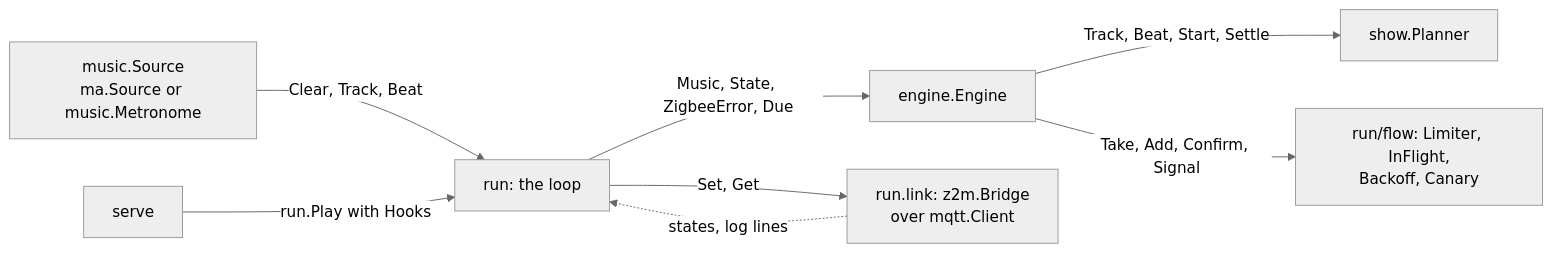
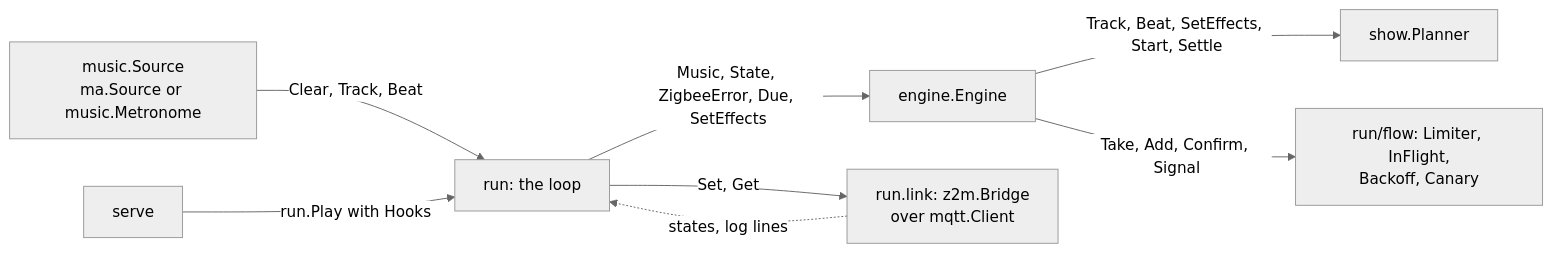
The diagram in DESIGN.md (siemenvdn/zigbeat), drawn with Mermaid (neutral theme) before and after one commit. The commit also changed other lines of this file and 2 other files, not shown here.

````diff
--- a/DESIGN.md
+++ b/DESIGN.md
@@ -344,10 +351,10 @@
 ```mermaid
 flowchart LR
   src["music.Source<br/>ma.Source or music.Metronome"] -->|"Clear, Track, Beat"| loop["run: the loop"]
   serve["serve"] -->|"run.Play with Hooks"| loop
-  loop -->|"Music, State, ZigbeeError, Due"| eng["engine.Engine"]
-  eng -->|"Track, Beat, Start, Settle"| plan["show.Planner"]
+  loop -->|"Music, State, ZigbeeError, Due, SetEffects"| eng["engine.Engine"]
+  eng -->|"Track, Beat, SetEffects, Start, Settle"| plan["show.Planner"]
   eng -->|"Take, Add, Confirm, Signal"| flow["run/flow: Limiter, InFlight,<br/>Backoff, Canary"]
   loop -->|"Set, Get"| link["run.link: z2m.Bridge<br/>over mqtt.Client"]
   link -.->|"states, log lines"| loop
 ```
````
